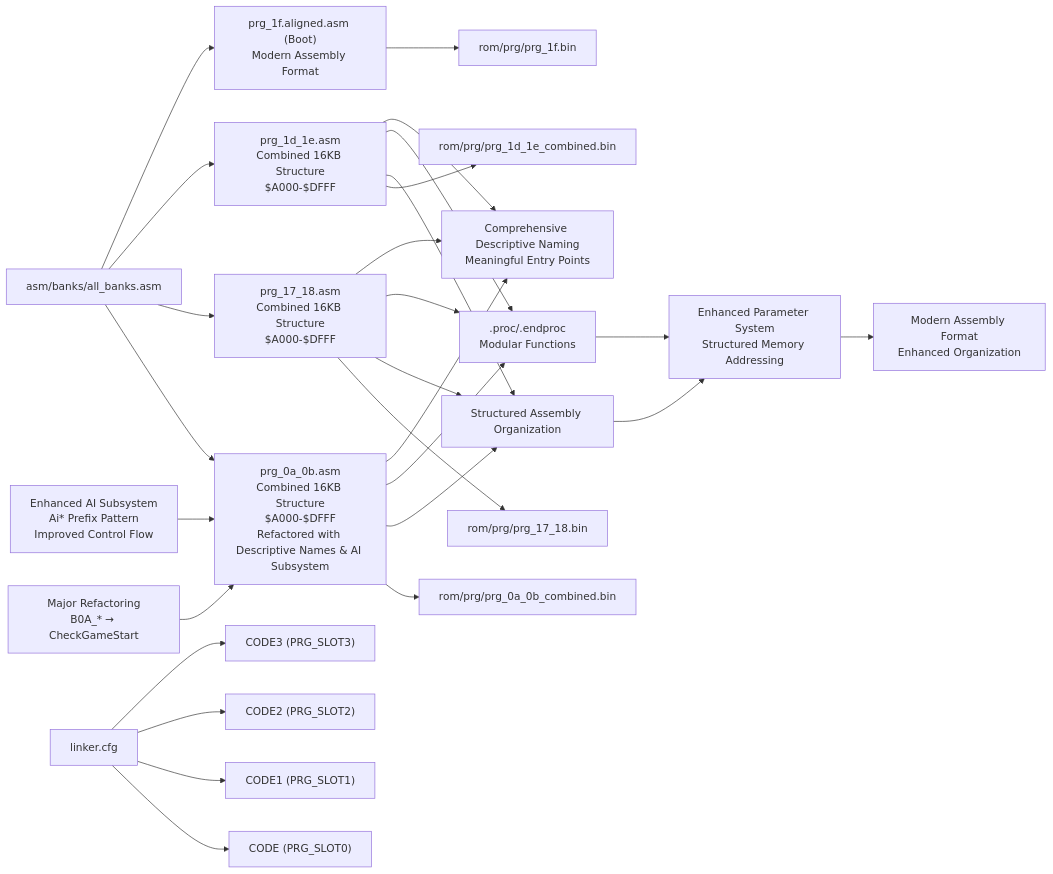
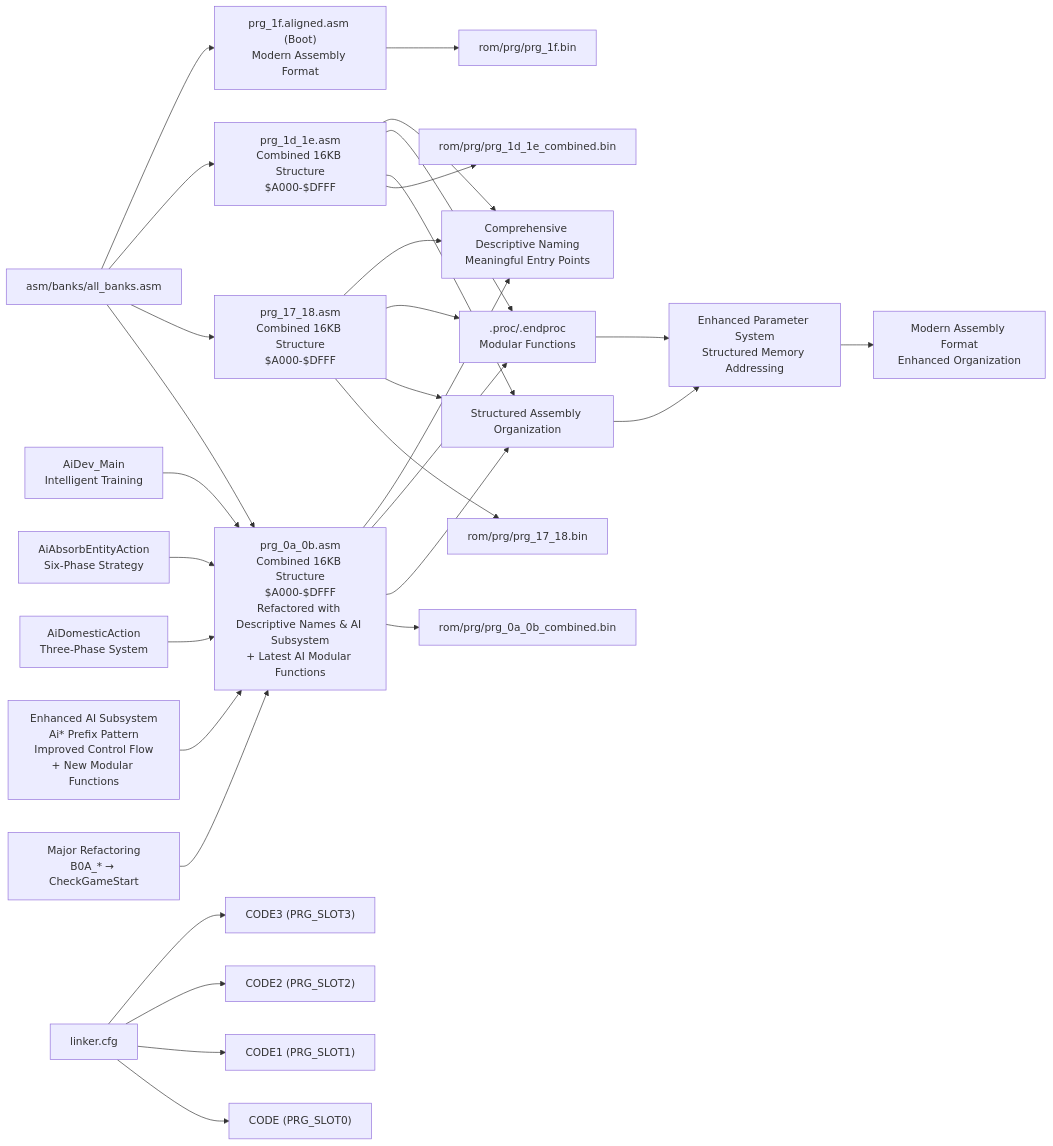
Before and after one commit to rabbyzero/sango2dasm: diagram 12 of 17 in .qoder/repowiki/en/content/Assembly Architecture/Assembly Architecture.md, drawn with Mermaid. The commit also changed other lines of this file and 7 other files, not shown here.

````diff
--- a/.qoder/repowiki/en/content/Assembly Architecture/Assembly Architecture.md
+++ b/.qoder/repowiki/en/content/Assembly Architecture/Assembly Architecture.md
@@ -813,32 +857,35 @@
 ```mermaid
 graph LR
-ALLB["asm/banks/all_banks.asm"] --> COMBINED0A_0B["prg_0a_0b.asm<br/>Combined 16KB Structure<br/>$A000-$DFFF<br/>Refactored with Descriptive Names & AI Subsystem"]
+ALLB["asm/banks/all_banks.asm"] --> COMBINED0A_0B["prg_0a_0b.asm<br/>Combined 16KB Structure<br/>$A000-$DFFF<br/>Refactored with Descriptive Names & AI Subsystem<br/>+ Latest AI Modular Functions"]
 ALLB --> COMBINED17_18["prg_17_18.asm<br/>Combined 16KB Structure<br/>$A000-$DFFF"]
 ALLB --> COMBINED1D_1E["prg_1d_1e.asm<br/>Combined 16KB Structure<br/>$A000-$DFFF"]
 ALLB --> ALIGNED["prg_1f.aligned.asm (Boot)<br/>Modern Assembly Format"]
 LCFG["linker.cfg"] --> SEG0["CODE (PRG_SLOT0)"]
 LCFG --> SEG1["CODE1 (PRG_SLOT1)"]
 LCFG --> SEG2["CODE2 (PRG_SLOT2)"]
 LCFG --> SEG3["CODE3 (PRG_SLOT3)"]
 COMBINED0A_0B --> BIN0A_0B["rom/prg/prg_0a_0b_combined.bin"]
 COMBINED17_18 --> BIN17_18["rom/prg/prg_17_18.bin"]
 COMBINED1D_1E --> BIN1D_1E["rom/prg/prg_1d_1e_combined.bin"]
 ALIGNED --> BIN1F["rom/prg/prg_1f.bin"]
 COMBINED0A_0B --> STRUCT["Structured Assembly Organization"]
 COMBINED17_18 --> STRUCT
 COMBINED1D_1E --> STRUCT
 COMBINED0A_0B --> PROC[".proc/.endproc<br/>Modular Functions"]
 COMBINED17_18 --> PROC
 COMBINED1D_1E --> PROC
 PARAMSYS["Enhanced Parameter System<br/>Structured Memory Addressing"]
 STRUCT --> PARAMSYS
 PROC --> PARAMSYS
 MODERN["Modern Assembly Format<br/>Enhanced Organization"]
 PARAMSYS --> MODERN
 DESCRIPTIVENAMING["Comprehensive Descriptive Naming<br/>Meaningful Entry Points"]
 COMBINED0A_0B --> DESCRIPTIVENAMING
 COMBINED17_18 --> DESCRIPTIVENAMING
 COMBINED1D_1E --> DESCRIPTIVENAMING
 REFAC["Major Refactoring<br/>B0A_* → CheckGameStart"] --> COMBINED0A_0B
-AI_ENHANCEMENT["Enhanced AI Subsystem<br/>Ai* Prefix Pattern<br/>Improved Control Flow"] --> COMBINED0A_0B
+AI_ENHANCEMENT["Enhanced AI Subsystem<br/>Ai* Prefix Pattern<br/>Improved Control Flow<br/>+ New Modular Functions"] --> COMBINED0A_0B
+AI_DOMESTIC["AiDomesticAction<br/>Three-Phase System"] --> COMBINED0A_0B
+AI_ABSORB["AiAbsorbEntityAction<br/>Six-Phase Strategy"] --> COMBINED0A_0B
+AI_DEV["AiDev_Main<br/>Intelligent Training"] --> COMBINED0A_0B
 ```
````
